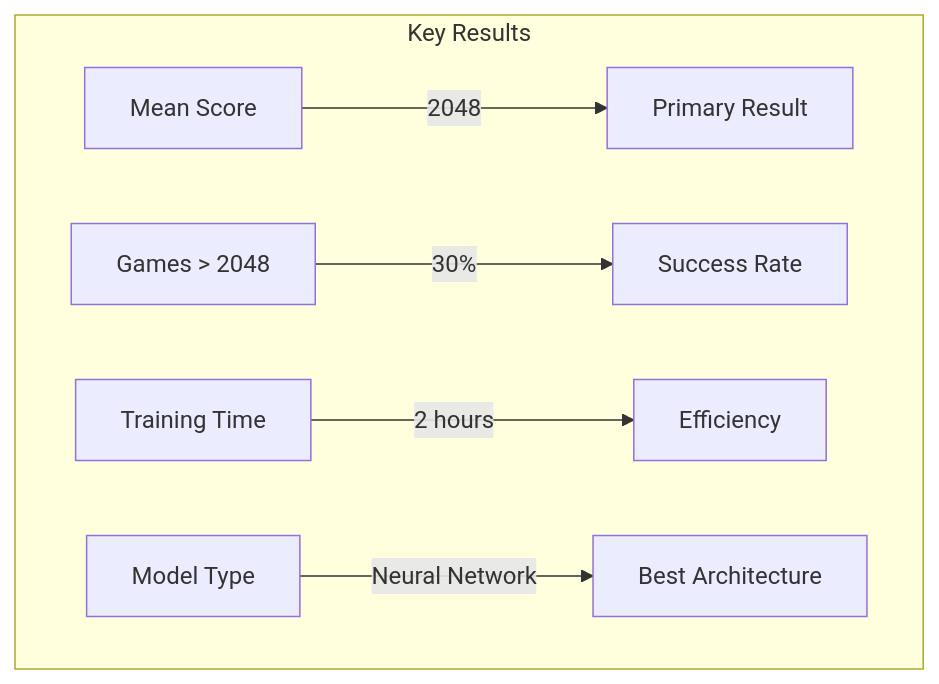
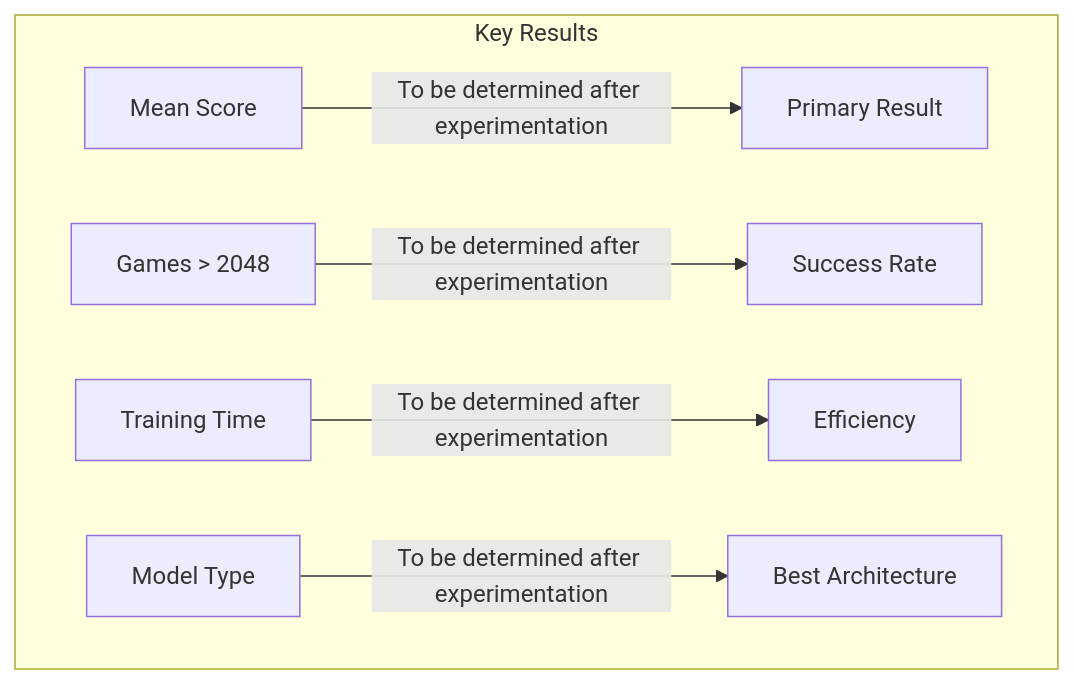
One commit to Evintkoo/2048-ml changed the first of 6 diagrams in plan/08-Research-Report/01-IMRD/03-results.md. Above: the diagram before and after it, drawn with Mermaid. The commit also changed other lines of this file and 14 other files, not shown here.

````diff
--- a/plan/08-Research-Report/01-IMRD/03-results.md
+++ b/plan/08-Research-Report/01-IMRD/03-results.md
@@ -9,9 +9,9 @@
 ```mermaid
 flowchart TD
     subgraph "Key Results"
-        A[Mean Score] -->|2048| B[Primary Result]
-        C[Games > 2048] -->|30%| D[Success Rate]
-        E[Training Time] -->|2 hours| F[Efficiency]
-        G[Model Type] -->|Neural Network| H[Best Architecture]
+        A[Mean Score] -->|To be determined after experimentation| B[Primary Result]
+        C[Games > 2048] -->|To be determined after experimentation| D[Success Rate]
+        E[Training Time] -->|To be determined after experimentation| F[Efficiency]
+        G[Model Type] -->|To be determined after experimentation| H[Best Architecture]
     end
 ```
````
